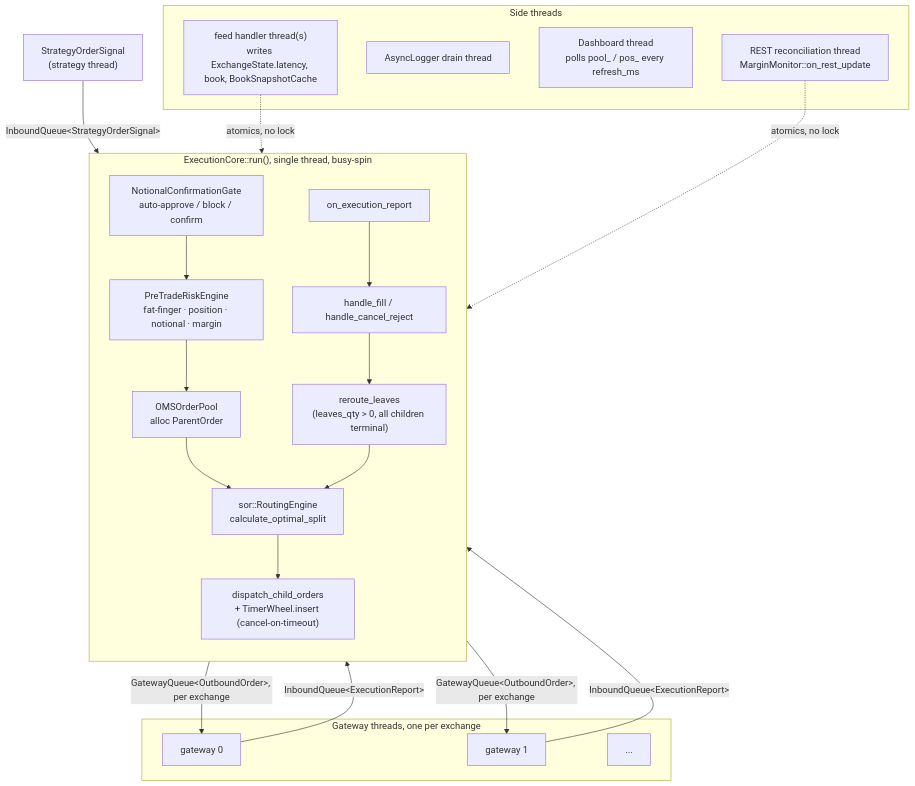
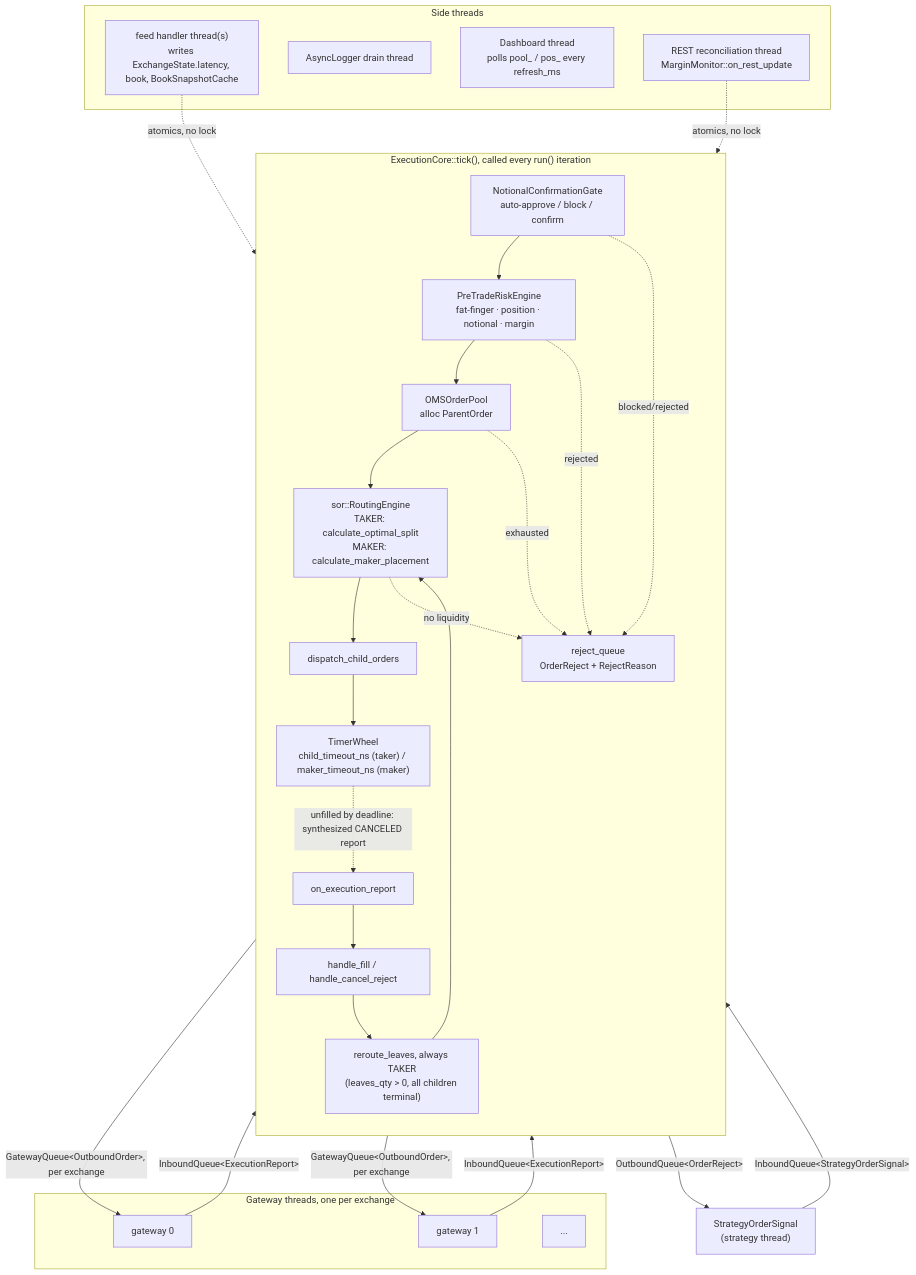
The diagram in README.md (tfrmma/oms-order-management-system), drawn with Mermaid before and after one commit. The commit also changed other lines of this file, not shown here.

First line of the commit message:
Revise README for ExecutionCore updates and bug fixes

````diff
--- a/README.md
+++ b/README.md
@@ -20,39 +20,49 @@
 ```mermaid
 flowchart TB
     SIG["StrategyOrderSignal<br/>(strategy thread)"]
 
-    subgraph EXEC["ExecutionCore::run(), single thread, busy-spin"]
+    subgraph EXEC["ExecutionCore::tick(), called every run() iteration"]
         direction TB
         GATE["NotionalConfirmationGate<br/>auto-approve / block / confirm"]
         RISK["PreTradeRiskEngine<br/>fat-finger · position · notional · margin"]
         POOL["OMSOrderPool<br/>alloc ParentOrder"]
-        SOR["sor::RoutingEngine<br/>calculate_optimal_split"]
-        DISP["dispatch_child_orders<br/>+ TimerWheel.insert (cancel-on-timeout)"]
+        SOR["sor::RoutingEngine<br/>TAKER: calculate_optimal_split<br/>MAKER: calculate_maker_placement"]
+        DISP["dispatch_child_orders"]
+        TW["TimerWheel<br/>child_timeout_ns (taker) / maker_timeout_ns (maker)"]
         REP["on_execution_report"]
         FILL["handle_fill / handle_cancel_reject"]
-        RRT["reroute_leaves<br/>(leaves_qty > 0, all children terminal)"]
+        RRT["reroute_leaves, always TAKER<br/>(leaves_qty > 0, all children terminal)"]
+        REJQ["reject_queue<br/>OrderReject + RejectReason"]
     end
 
     subgraph GW["Gateway threads, one per exchange"]
         G0["gateway 0"]
         G1["gateway 1"]
         GN["..."]
     end
 
     subgraph SIDE["Side threads"]
         FEED["feed handler thread(s)<br/>writes ExchangeState.latency, book, BookSnapshotCache"]
         LOGT["AsyncLogger drain thread"]
         DASH["Dashboard thread<br/>polls pool_ / pos_ every refresh_ms"]
         REST["REST reconciliation thread<br/>MarginMonitor::on_rest_update"]
     end
 
     SIG -->|"InboundQueue&lt;StrategyOrderSignal&gt;"| GATE --> RISK --> POOL --> SOR --> DISP
     DISP -->|"GatewayQueue&lt;OutboundOrder&gt;, per exchange"| G0
     DISP -->|"GatewayQueue&lt;OutboundOrder&gt;, per exchange"| G1
+    DISP --> TW
+    TW -.->|"unfilled by deadline: synthesized CANCELED report"| REP
     G0 -->|"InboundQueue&lt;ExecutionReport&gt;"| REP
     G1 -->|"InboundQueue&lt;ExecutionReport&gt;"| REP
     REP --> FILL --> RRT --> SOR
 
+    GATE -.->|blocked/rejected| REJQ
+    RISK -.->|rejected| REJQ
+    POOL -.->|exhausted| REJQ
+    SOR -.->|no liquidity| REJQ
+    REJQ -->|"OutboundQueue&lt;OrderReject&gt;"| SIG
+
     FEED -.->|atomics, no lock| SOR
     REST -.->|atomics, no lock| RISK
 ```
````
